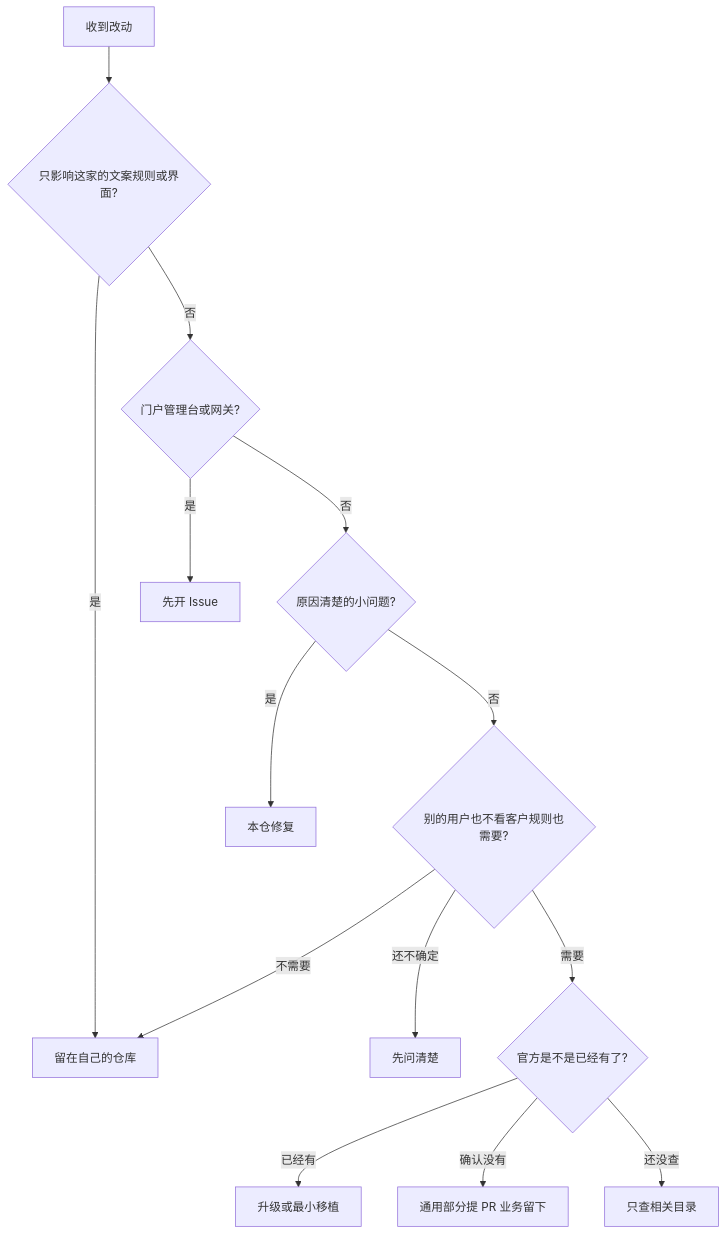
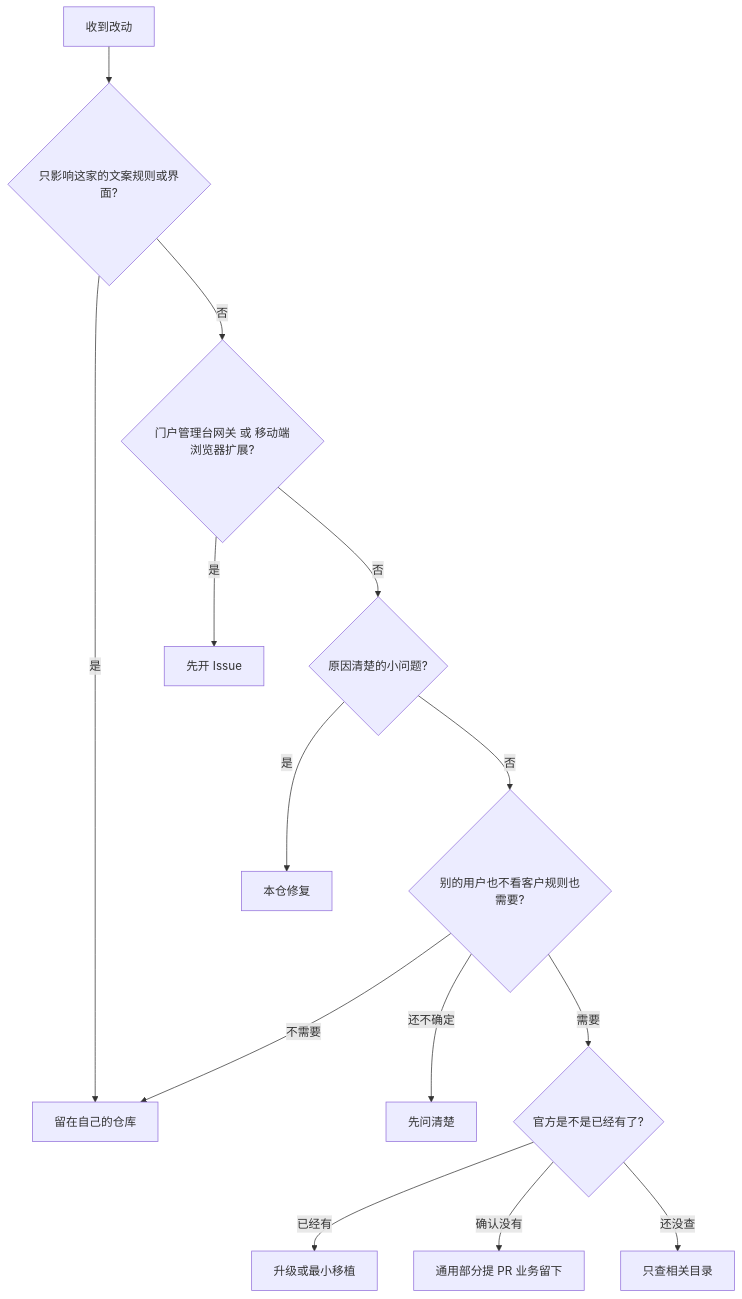
Before and after one commit to DemonDamon/AgenticX: the diagram in agenticx/skills/agenticx-custom-project/SKILL.md, drawn with Mermaid. The commit also changed other lines of this file and 5 other files, not shown here.

````diff
--- a/agenticx/skills/agenticx-custom-project/SKILL.md
+++ b/agenticx/skills/agenticx-custom-project/SKILL.md
@@ -165,16 +191,16 @@
 ```mermaid
 flowchart TD
   start[收到改动] --> own{只影响这家的文案规则或界面?}
   own -->|是| local[留在自己的仓库]
-  own -->|否| ent{门户管理台或网关?}
+  own -->|否| ent{门户管理台网关 或 移动端浏览器扩展?}
   ent -->|是| issue[先开 Issue]
   ent -->|否| small{原因清楚的小问题?}
   small -->|是| fix[本仓修复]
   small -->|否| need{别的用户也不看客户规则也需要?}
   need -->|不需要| local
   need -->|还不确定| ask[先问清楚]
   need -->|需要| has{官方是不是已经有了?}
   has -->|已经有| port[升级或最小移植]
   has -->|确认没有| split[通用部分提 PR 业务留下]
   has -->|还没查| check[只查相关目录]
 ```
````
